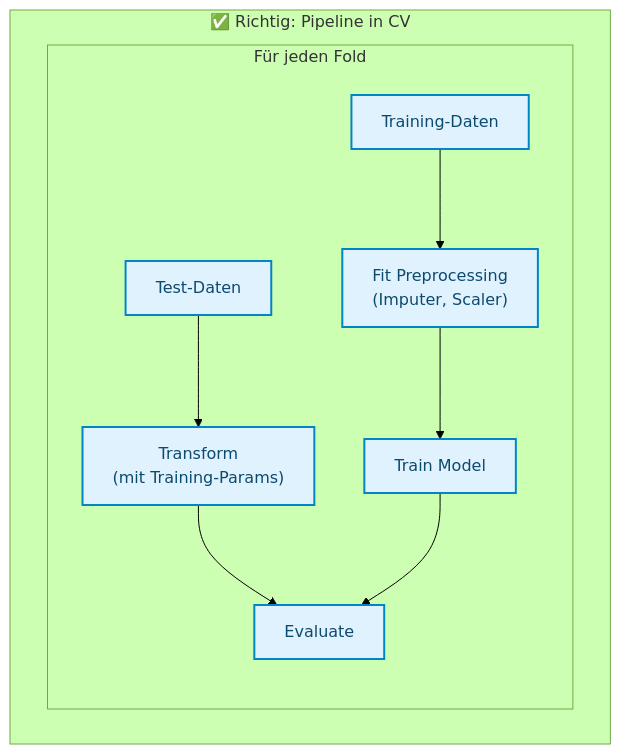
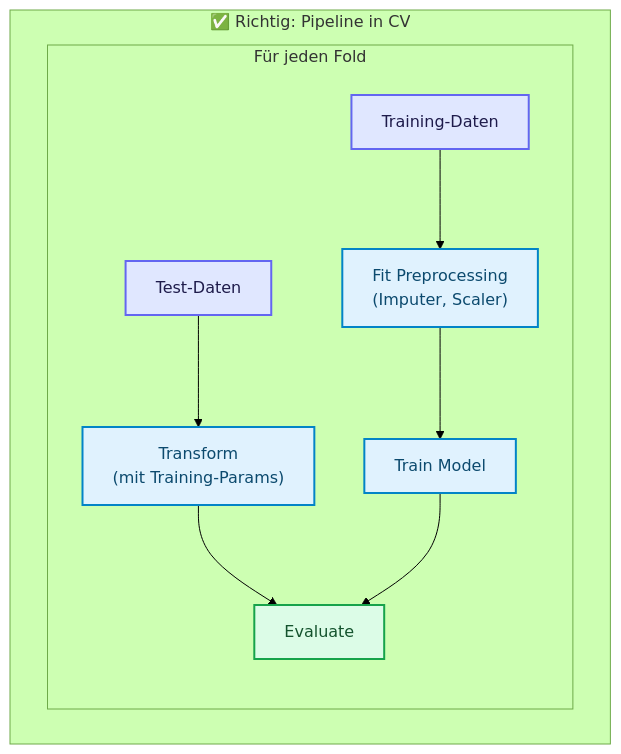
Before and after one commit to ralf-42/ML_Intro: the seventh of 9 diagrams in docs/concepts/evaluate/cross_validation.md, drawn with Mermaid (forest theme). The commit also changed other lines of this file and 49 other files, not shown here.

````diff
--- a/docs/concepts/evaluate/cross_validation.md
+++ b/docs/concepts/evaluate/cross_validation.md
@@ -535,14 +539,19 @@
 ```mermaid
 flowchart TB
     subgraph correct["✅ Richtig: Pipeline in CV"]
         subgraph fold["Für jeden Fold"]
             TR["Training-Daten"] --> FIT["Fit Preprocessing<br/>(Imputer, Scaler)"]
             FIT --> TRAIN["Train Model"]
             TE["Test-Daten"] --> TRANS["Transform<br/>(mit Training-Params)"]
             TRANS --> EVAL["Evaluate"]
             TRAIN --> EVAL
         end
     end
 
     classDef default fill:#e0f2fe,stroke:#0284c7,stroke-width:2px,color:#0c4a6e;
+    classDef input fill:#e0e7ff,stroke:#6366f1,stroke-width:2px,color:#1e1b4b;
+    classDef output fill:#dcfce7,stroke:#16a34a,stroke-width:2px,color:#14532d;
+
+    class TR,TE input;
+    class EVAL output;
 ```
````
